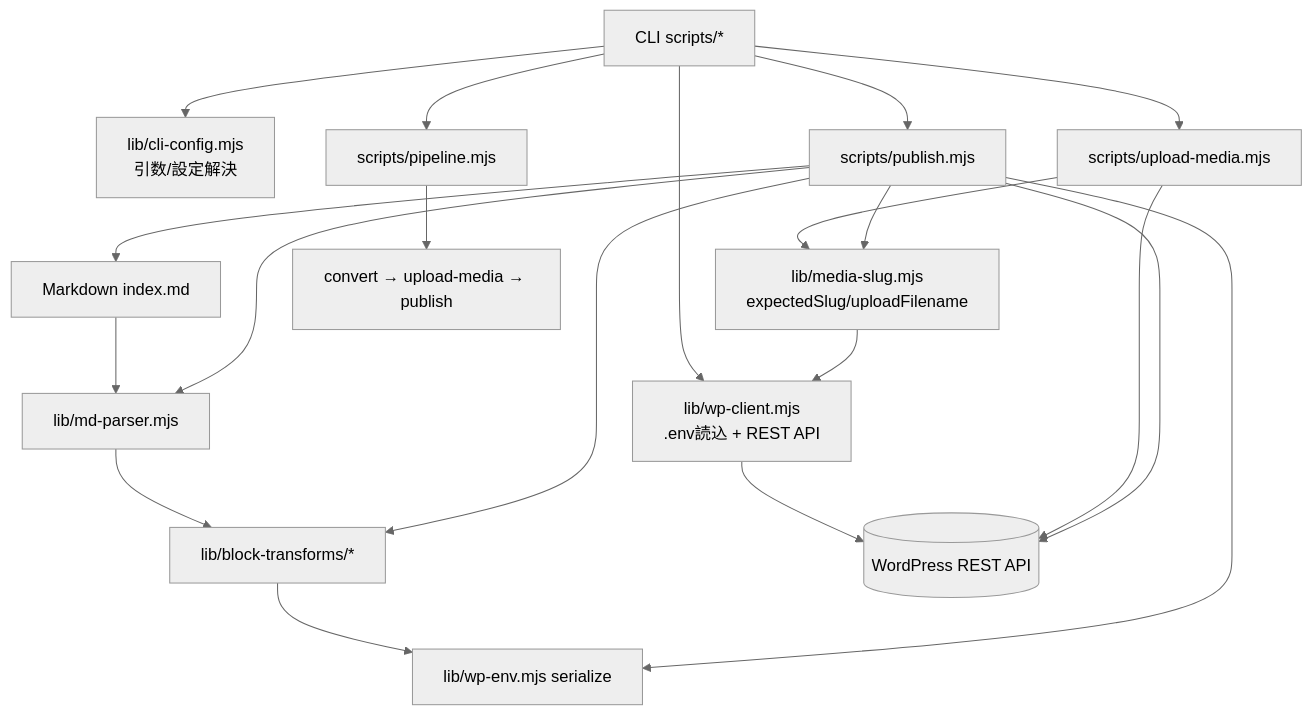
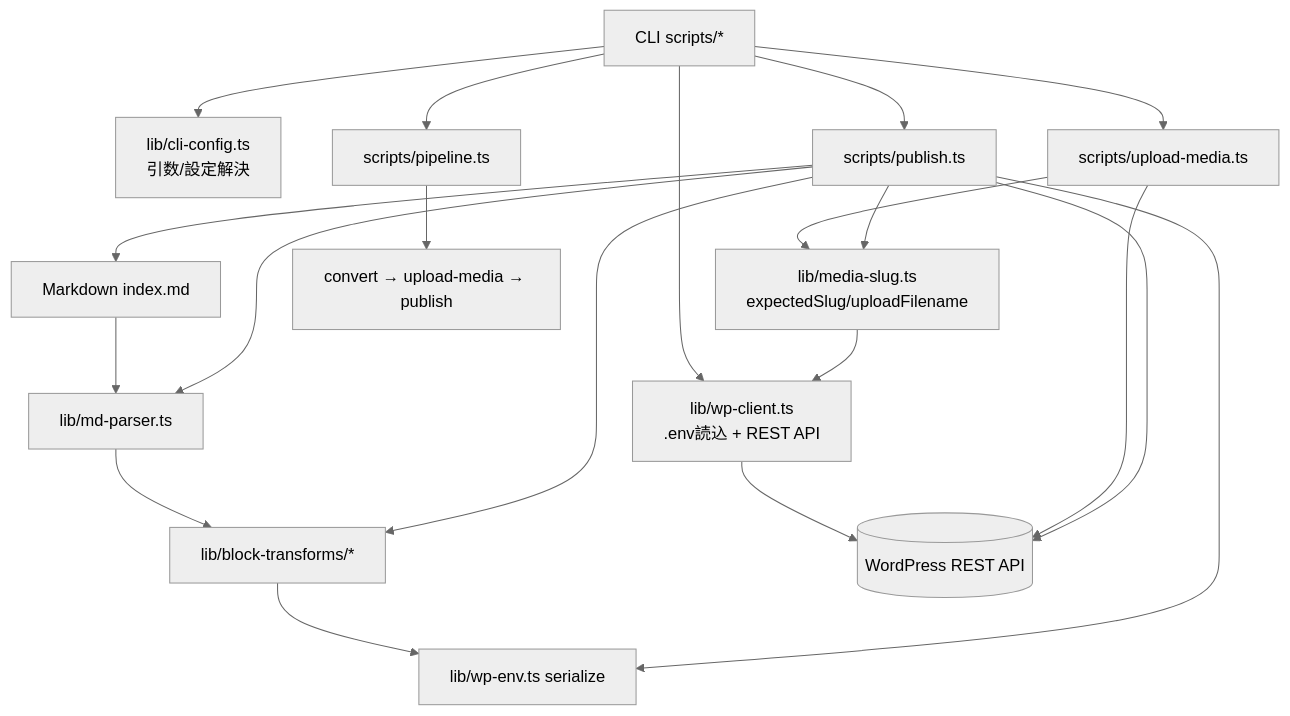
The diagram in docs/SPEC.md (sakashita44/mdpub-wpblocks), drawn with Mermaid (neutral theme) before and after one commit. The commit also changed 2 other files, not shown here.

Commit message:
docs: v2.0.0 ドキュメント整備 (#33)
- README: npm link 前に npm run build 手順を追記
- README: .env セットアップ手順の相互参照を追加（cp / mdpub init）
- PROGRESS.md: #14, #36 を Issue 一覧・ロードマップに反映
- SPEC.md: mermaid 図のファイル拡張子を .mjs → .ts に修正

````diff
--- a/docs/SPEC.md
+++ b/docs/SPEC.md
@@ -326,27 +326,27 @@
 ```mermaid
 flowchart TD
-    A[CLI scripts/*] --> B[lib/cli-config.mjs\n引数/設定解決]
-    A --> C[lib/wp-client.mjs\n.env読込 + REST API]
+    A[CLI scripts/*] --> B[lib/cli-config.ts\n引数/設定解決]
+    A --> C[lib/wp-client.ts\n.env読込 + REST API]
 
-    D[Markdown index.md] --> E[lib/md-parser.mjs]
+    D[Markdown index.md] --> E[lib/md-parser.ts]
     E --> F[lib/block-transforms/*]
-    F --> G[lib/wp-env.mjs serialize]
+    F --> G[lib/wp-env.ts serialize]
 
     C --> H[(WordPress REST API)]
-    I[lib/media-slug.mjs\nexpectedSlug/uploadFilename] --> C
+    I[lib/media-slug.ts\nexpectedSlug/uploadFilename] --> C
 
-    A --> J[scripts/upload-media.mjs]
+    A --> J[scripts/upload-media.ts]
     J --> I
     J --> H
 
-    A --> K[scripts/publish.mjs]
+    A --> K[scripts/publish.ts]
     K --> D
     K --> E
     K --> F
     K --> G
     K --> I
     K --> H
 
-    A --> L[scripts/pipeline.mjs]
+    A --> L[scripts/pipeline.ts]
     L --> M[convert → upload-media → publish]
 ```
````
